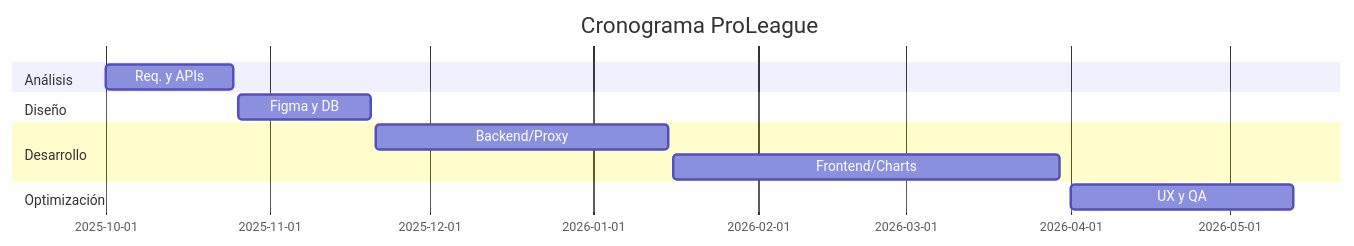
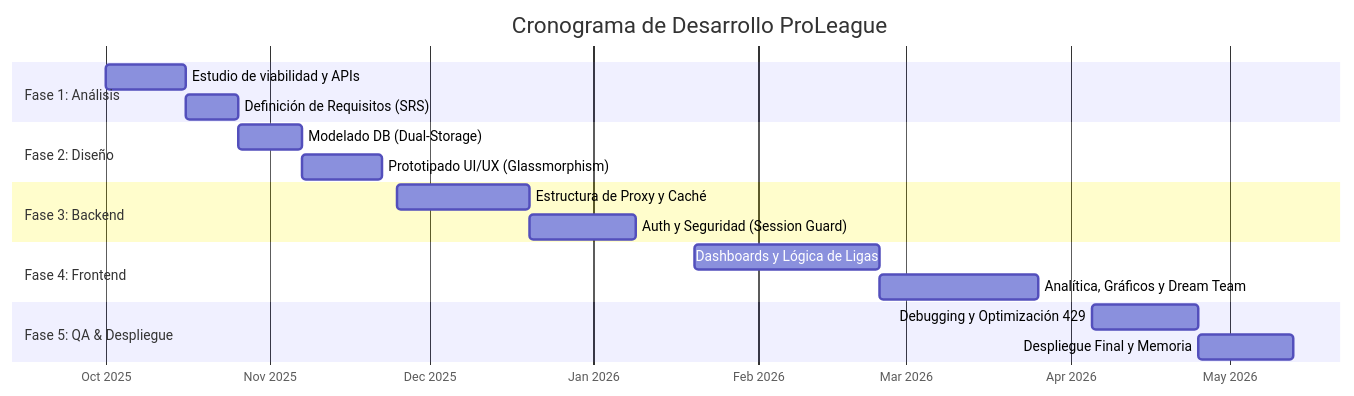
Before and after one commit to Panterr70/ProyectoProLeagueDespliegue: the second of 2 diagrams in ProLeaguePrincipal/MEMORIA_ACTUALIZADA.md, drawn with Mermaid. The commit also changed other lines of this file, not shown here.

````diff
--- a/ProLeaguePrincipal/MEMORIA_ACTUALIZADA.md
+++ b/ProLeaguePrincipal/MEMORIA_ACTUALIZADA.md
@@ -152,14 +155,26 @@
 ```mermaid
 gantt
-    title Cronograma ProLeague
+    title Cronograma de Desarrollo ProLeague
     dateFormat  YYYY-MM-DD
-    section Análisis
-    Req. y APIs          :2025-10-01, 2025-10-25
-    section Diseño
-    Figma y DB           :2025-10-26, 2025-11-20
-    section Desarrollo
-    Backend/Proxy        :2025-11-21, 2026-01-15
-    Frontend/Charts      :2026-01-16, 2026-03-30
-    section Optimización
-    UX y QA              :2026-04-01, 2026-05-13
+    axisFormat  %b %Y
+
+    section Fase 1: Análisis
+    Estudio de viabilidad y APIs      :a1, 2025-10-01, 15d
+    Definición de Requisitos (SRS)    :a2, after a1, 10d
+
+    section Fase 2: Diseño
+    Modelado DB (Dual-Storage)        :d1, 2025-10-26, 12d
+    Prototipado UI/UX (Glassmorphism) :d2, after d1, 15d
+
+    section Fase 3: Backend
+    Estructura de Proxy y Caché       :b1, 2025-11-25, 25d
+    Auth y Seguridad (Session Guard)  :b2, after b1, 20d
+
+    section Fase 4: Frontend
+    Dashboards y Lógica de Ligas      :f1, 2026-01-20, 35d
+    Analítica, Gráficos y Dream Team  :f2, after f1, 30d
+
+    section Fase 5: QA & Despliegue
+    Debugging y Optimización 429      :q1, 2026-04-05, 20d
+    Despliegue Final y Memoria        :q2, after q1, 18d
 ```
````
